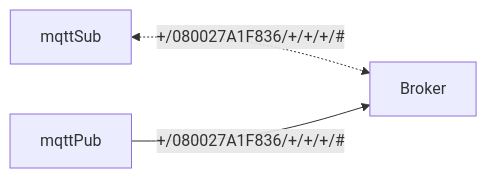
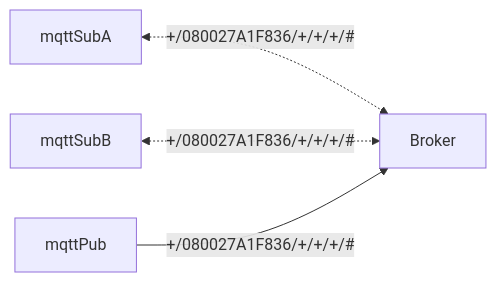
One commit to lankahsu520/HelperX changed the diagram in helper_MQTT.md. Above: the diagram before and after it, drawn with Mermaid. The commit also changed 1 other file, not shown here.

Commit message:
update helper_AWS-SDK.md and helper_MQTT.md

````diff
--- a/helper_MQTT.md
+++ b/helper_MQTT.md
@@ -156,9 +156,11 @@
 ```mermaid
 flowchart LR
-	mqttSub[mqttSub]
+	mqttSubA[mqttSubA]
+	mqttSubB[mqttSubB]
 	mqttPub[mqttPub]
 	Broker[Broker]
 
-	mqttSub <-.-> |+/080027A1F836/+/+/+/#| Broker
+	mqttSubA <-.-> |+/080027A1F836/+/+/+/#| Broker
+	mqttSubB <-.-> |+/080027A1F836/+/+/+/#| Broker
 	mqttPub --> |+/080027A1F836/+/+/+/#| Broker
 ```
````
